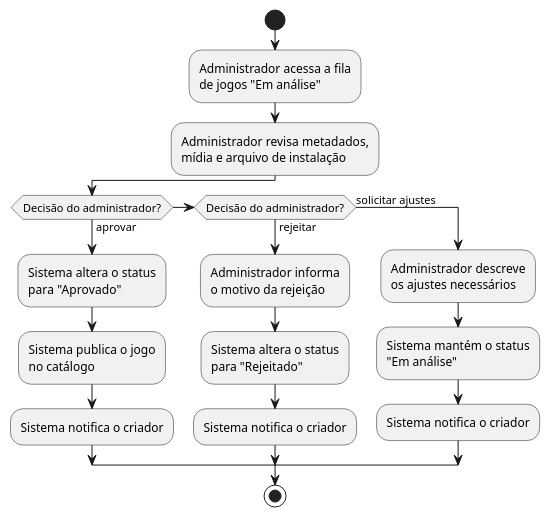
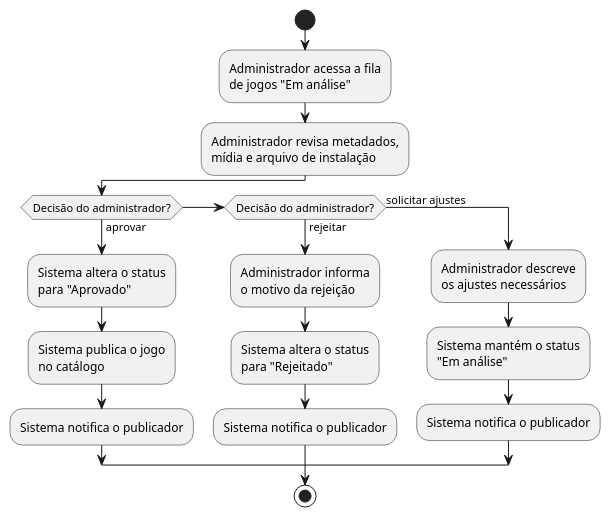
The seventh of 14 diagrams in projeto-vapor.adoc (osantana/a3-ms), drawn with PlantUML before and after one commit. The commit also changed other lines of this file and 33 other files, not shown here.

```diff
--- a/projeto-vapor.adoc
+++ b/projeto-vapor.adoc
@@ -608,22 +588,22 @@
 [plantuml, pdfwidth=60%]
 ----
 @startuml
 start
 :Administrador acessa a fila\nde jogos "Em análise";
 :Administrador revisa metadados,\nmídia e arquivo de instalação;
 if (Decisão do administrador?) then (aprovar)
   :Sistema altera o status\npara "Aprovado";
   :Sistema publica o jogo\nno catálogo;
-  :Sistema notifica o criador;
+  :Sistema notifica o publicador;
 elseif (Decisão do administrador?) then (rejeitar)
   :Administrador informa\no motivo da rejeição;
   :Sistema altera o status\npara "Rejeitado";
-  :Sistema notifica o criador;
+  :Sistema notifica o publicador;
 else (solicitar ajustes)
   :Administrador descreve\nos ajustes necessários;
   :Sistema mantém o status\n"Em análise";
-  :Sistema notifica o criador;
+  :Sistema notifica o publicador;
 endif
 stop
 @enduml
 ----
```
